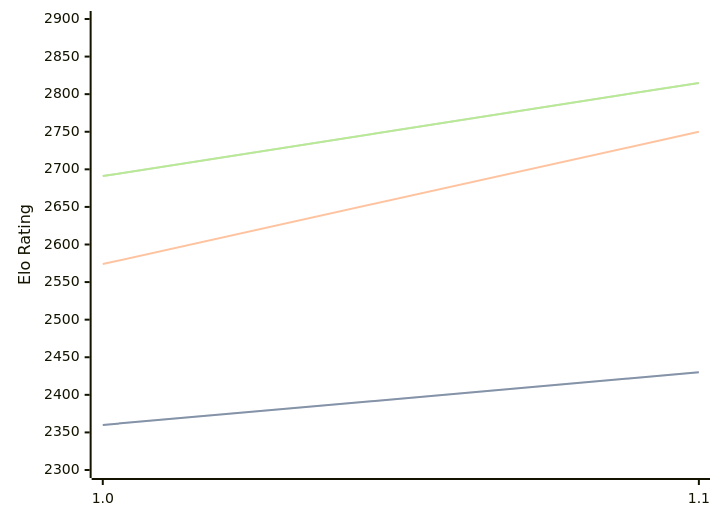
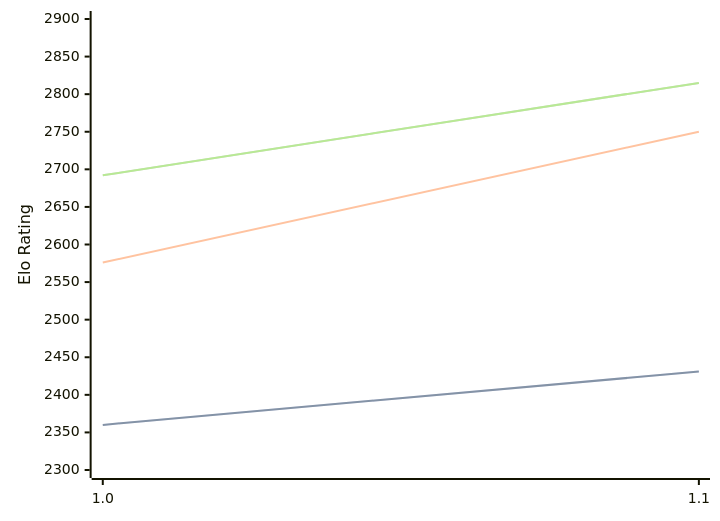
Before and after one commit to computer-chess-index/cci: the diagram in engines/FoxChess.md, drawn with Mermaid. The commit also changed other lines of this file, not shown here.

Commit message:
Update CCI Ratings (ELO VLTC) - 2026-04-22

````diff
--- a/engines/FoxChess.md
+++ b/engines/FoxChess.md
@@ -32,11 +32,11 @@
 ```mermaid
 %%{init: {"theme":"base","themeVariables":{"seriesColors:['#a3a3a3','#222221','#faa371']}}}%%
 xychart-beta
   x-axis ["1.0", "1.1"]
   y-axis "Elo Rating" 2300 --> 2900
-  line "STC (8.0+0.08s)" [2360, 2430]
-  line "STC (8.0+0.08s)" [2360, 2430]
-  line "LTC (60.0+0.60s)" [2574, 2750]
-  line "VLTC (2m24s+1.12s)" [2691, 2815]
-  line "VLTC (2m24s+1.12s)" [2691, 2815]
+  line "STC (8.0+0.08s)" [2360, 2431]
+  line "STC (8.0+0.08s)" [2360, 2431]
+  line "LTC (60.0+0.60s)" [2576, 2750]
+  line "VLTC (2m24s+1.12s)" [2692, 2815]
+  line "VLTC (2m24s+1.12s)" [2692, 2815]
 ```
````
